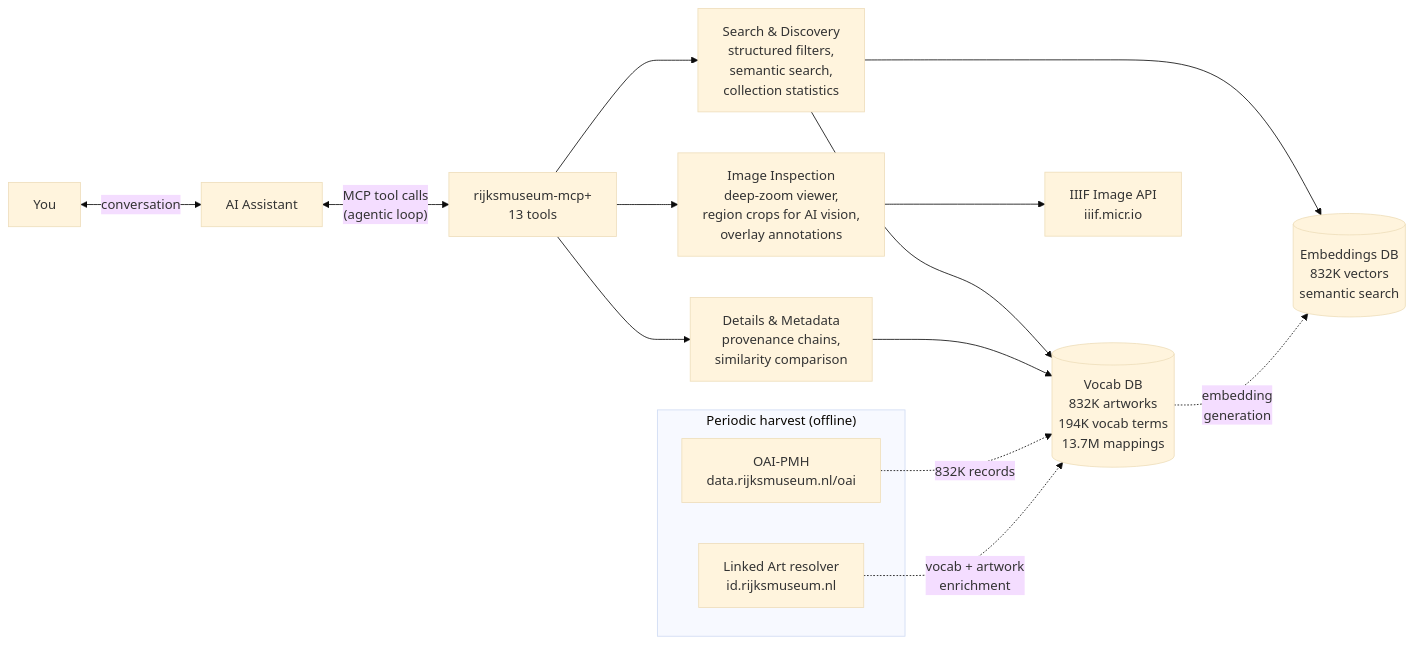
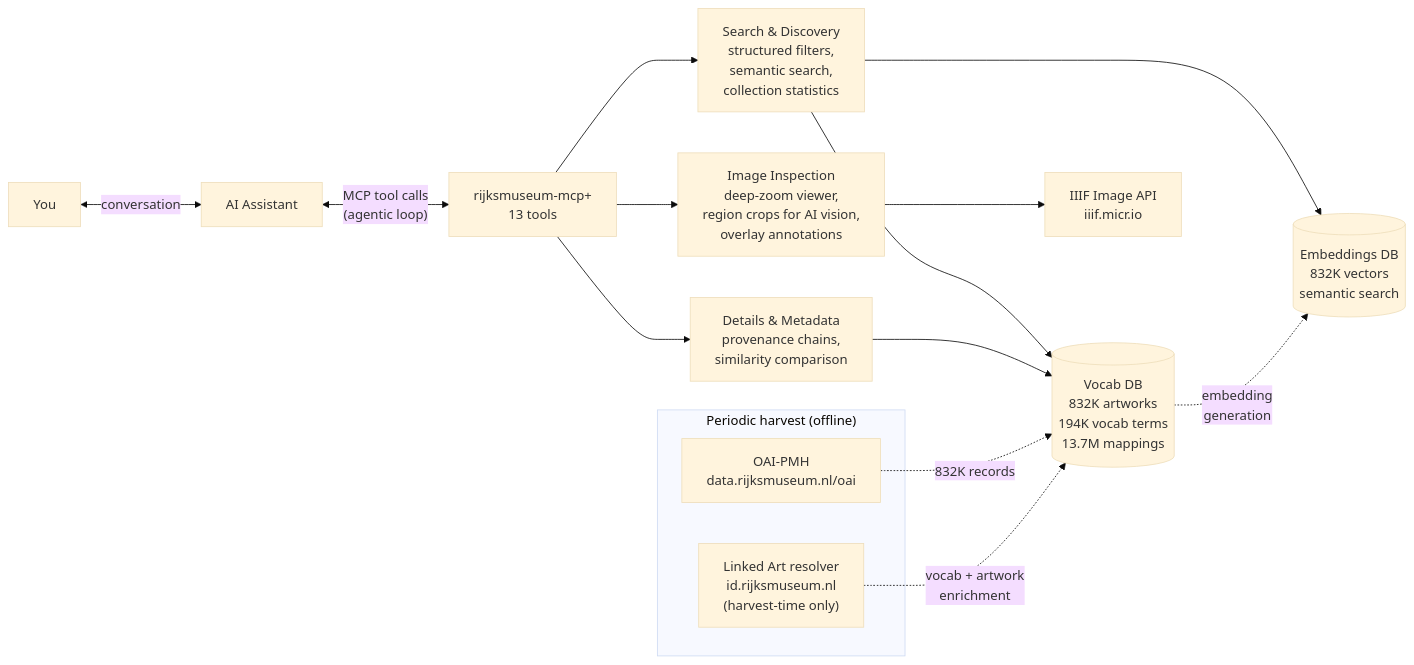
One commit to kintopp/rijksmuseum-mcp-plus changed the first of 2 diagrams in README.md. Above: the diagram before and after it, drawn with Mermaid (base theme). The commit also changed other lines of this file and 2 other files, not shown here.

````diff
--- a/README.md
+++ b/README.md
@@ -99,45 +99,46 @@
 ```mermaid
 flowchart LR
     User["You"] <-->|conversation| AI["AI Assistant"]
 
     AI <-->|"MCP tool calls
     (agentic loop)"| Server["rijksmuseum-mcp+
     13 tools"]
 
     Server --> Search["Search & Discovery
     structured filters,
     semantic search,
     collection statistics"]
 
     Server --> Details["Details & Metadata
     provenance chains,
     similarity comparison"]
 
     Server --> Images["Image Inspection
     deep-zoom viewer,
     region crops for AI vision,
     overlay annotations"]
 
     Search --> VocabDB[("Vocab DB
     832K artworks
     194K vocab terms
     13.7M mappings")]
     Search --> EmbeddingsDB[("Embeddings DB
     832K vectors
     semantic search")]
     Details --> VocabDB
     Images --> IIIF["IIIF Image API
     iiif.micr.io"]
 
     subgraph Harvest ["Periodic harvest (offline)"]
         OAI["OAI-PMH
         data.rijksmuseum.nl/oai"]
         LA["Linked Art resolver
-        id.rijksmuseum.nl"]
+        id.rijksmuseum.nl
+        (harvest-time only)"]
     end
     OAI -.->|"832K records"| VocabDB
     LA -.->|"vocab + artwork
     enrichment"| VocabDB
     VocabDB -.->|"embedding
     generation"| EmbeddingsDB
 ```
````
